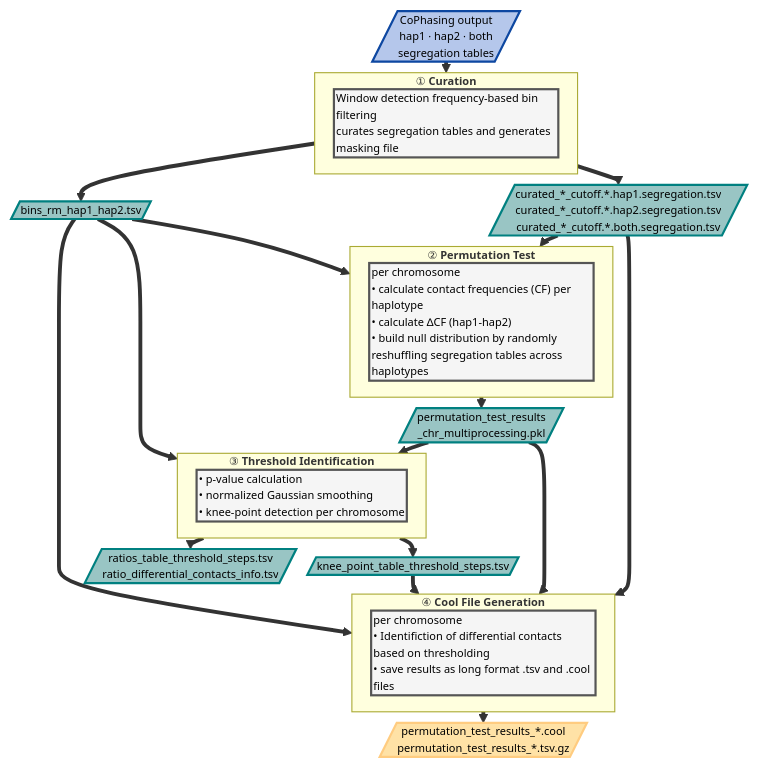
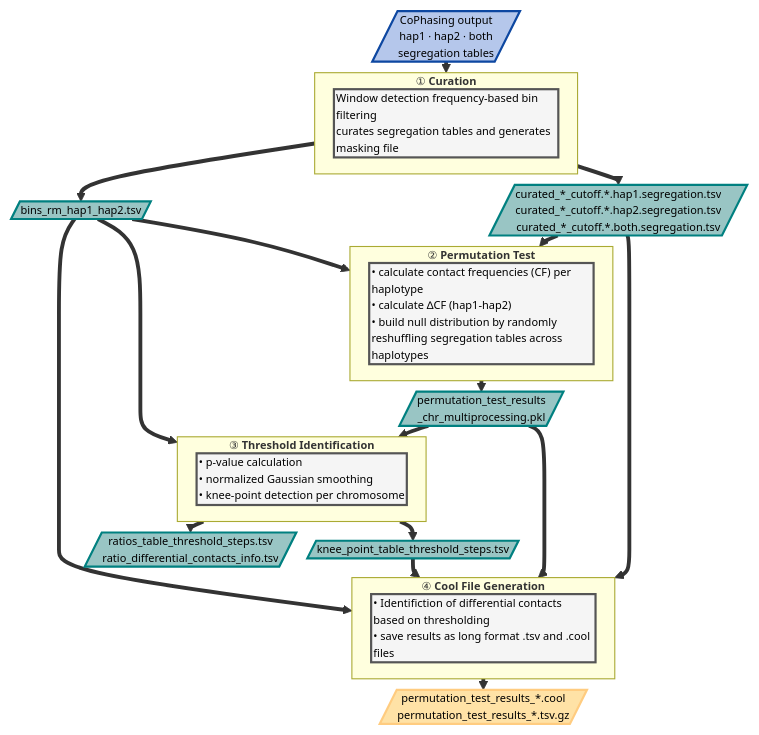
One commit to schwarzlab-ccb/cophasing changed the diagram in README.md. Above: the diagram before and after it, drawn with Mermaid. The commit also changed other lines of this file, not shown here.

Commit message:
workflow visualisation

````diff
--- a/README.md
+++ b/README.md
@@ -108,67 +108,67 @@
 ```mermaid
 ---
 config:
   flowchart:
     nodeSpacing: 10
     rankSpacing: 10
     diagramPadding: 1
     padding: 1
   themeVariables:
     fontSize: 10px
 ---
 flowchart TD
     IN[/"CoPhasing output\nhap1 · hap2 · both\nsegregation tables"/]
 
     IN ==> S1
 
     subgraph S1["`① **Curation**`"]
         P1["Window detection frequency-based bin filtering\ncurates segregation tables and generates masking file"]
     end
 
     S1 ==> CUR[/"curated_*_cutoff.*.hap1.segregation.tsv\ncurated_*_cutoff.*.hap2.segregation.tsv\ncurated_*_cutoff.*.both.segregation.tsv"/]
     S1 ==> BINS[/"bins_rm_hap1_hap2.tsv"/]
 
     CUR ==> S2
     BINS ==> S2
 
     subgraph S2["`② **Permutation Test**`"]
-        P2["per chromosome<br/>• calculate contact frequencies (CF) per haplotype<br/>• calculate ∆CF (hap1-hap2)<br/>• build null distribution by randomly reshuffling segregation tables across haplotypes"]
+        P2["• calculate contact frequencies (CF) per haplotype<br/>• calculate ∆CF (hap1-hap2)<br/>• build null distribution by randomly reshuffling segregation tables across haplotypes"]
     end
 
     S2 ==> PKL[/"permutation_test_results\n_chr_multiprocessing.pkl"/]
 
     PKL ==> S3
     BINS ==> S3
 
     subgraph S3["`③ **Threshold Identification**`"]
         P3["• p-value calculation<br/>• normalized Gaussian smoothing<br/>• knee-point detection per chromosome"]
     end
 
     S3 ==> KNEE[/"knee_point_table_threshold_steps.tsv"/]
     S3 ==> RATIO[/"ratios_table_threshold_steps.tsv\nratio_differential_contacts_info.tsv"/]
 
     CUR ==> S4
     PKL ==> S4
     KNEE ==> S4
     BINS ==> S4
 
     subgraph S4["`④ **Cool File Generation**`"]
-        P4["per chromosome<br/>• Identifiction of differential contacts based on thresholding<br/>• save results as long format .tsv and .cool files"]
+        P4["• Identifiction of differential contacts based on thresholding<br/>• save results as long format .tsv and .cool files"]
     end
 
     S4 ==> COOL[/"permutation_test_results_*.cool\npermutation_test_results_*.tsv.gz"/]
 
     classDef input fill:#b5c7eb,stroke:#0d47a1,color:#000,stroke-width:2px;
     classDef process fill:#f5f5f5,stroke:#555555,color:#000,stroke-width:2px;
     classDef file fill:#99c5c4,stroke:#008080,color:#000,stroke-width:2px;
     classDef output fill:#ffe2a6,stroke:#ffcc80,color:#000,stroke-width:2px;
 
 
     class IN input;
     class P1,P2,P3,P4 process;
     class CUR,BINS,PKL,KNEE,RATIO file;
     class COOL output;
 
     classDef leftAlign text-align:left;
     class P1,P2,P3,P4 leftAlign;
 ```
````
